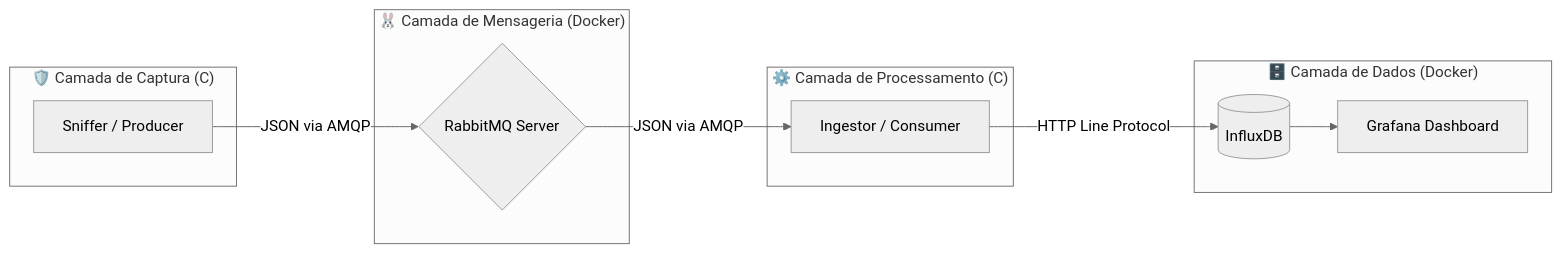
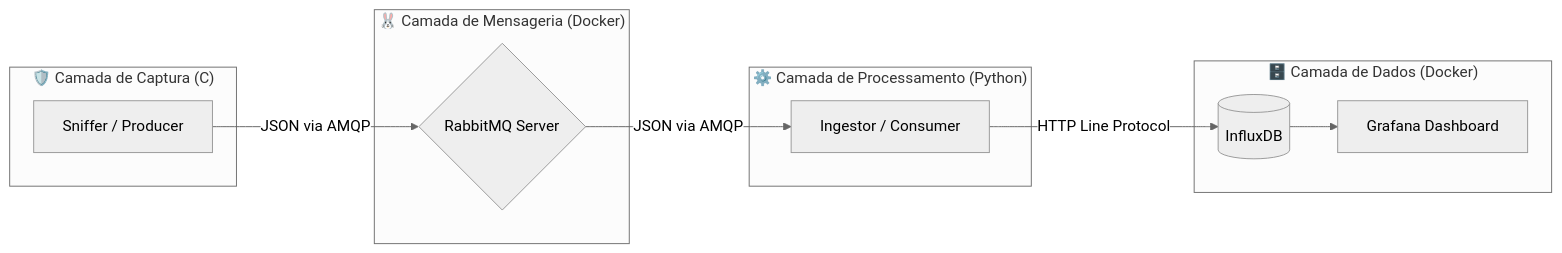
One commit to EduardoMartins-Dev/Network-Traffic-Analyzer changed the diagram in README.md. Above: the diagram before and after it, drawn with Mermaid (neutral theme). The commit also changed other lines of this file, not shown here.

````diff
--- a/README.md
+++ b/README.md
@@ -29,24 +30,24 @@
 ```mermaid
 flowchart LR
     subgraph Capture["🛡️ Camada de Captura (C)"]
         A[Sniffer / Producer]
     end
 
     subgraph Broker["🐰 Camada de Mensageria (Docker)"]
         B{RabbitMQ Server}
     end
 
-    subgraph Ingest["⚙️ Camada de Processamento (C)"]
+    subgraph Ingest["⚙️ Camada de Processamento (Python)"]
         C[Ingestor / Consumer]
     end
 
     subgraph Storage["🗄️ Camada de Dados (Docker)"]
         D[(InfluxDB)]
         E[Grafana Dashboard]
     end
 
     A -->|JSON via AMQP| B
     B -->|JSON via AMQP| C
     C -->|HTTP Line Protocol| D
     D --> E
 ```
````
